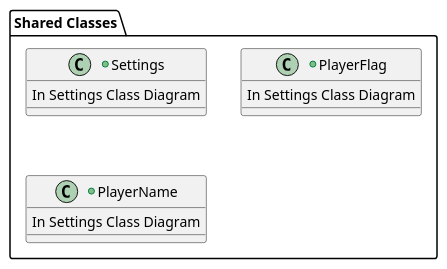
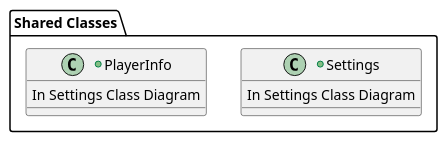
The diagram in Design/SharedClassDiagram/SharedClassDiagram.puml (firsthour777/pinball-flax), drawn with PlantUML before and after one commit. The commit also changed 6 other files, not shown here.

Commit message:
finished initial class diagrams

```diff
--- a/Design/SharedClassDiagram/SharedClassDiagram.puml
+++ b/Design/SharedClassDiagram/SharedClassDiagram.puml
@@ -6,29 +6,25 @@
 @startuml SettingsMenuClassDiagram
 
 
 top to bottom direction
 
 package "Shared Classes" {
 
     +Class "Settings" as SettingsClass {
         In Settings Class Diagram
     }
 
-    +Class "PlayerFlag" as PlayerFlagClass {
-        In Settings Class Diagram
-    }
-
-    +Class "PlayerName" as PlayerNameClass {
-        In Settings Class Diagram
-    }
 
 
 
 
+    +Class "PlayerInfo" as PlayerInfoClass{
+        In Settings Class Diagram
+    }
 
 
 
 }
 
 
 @enduml
```
